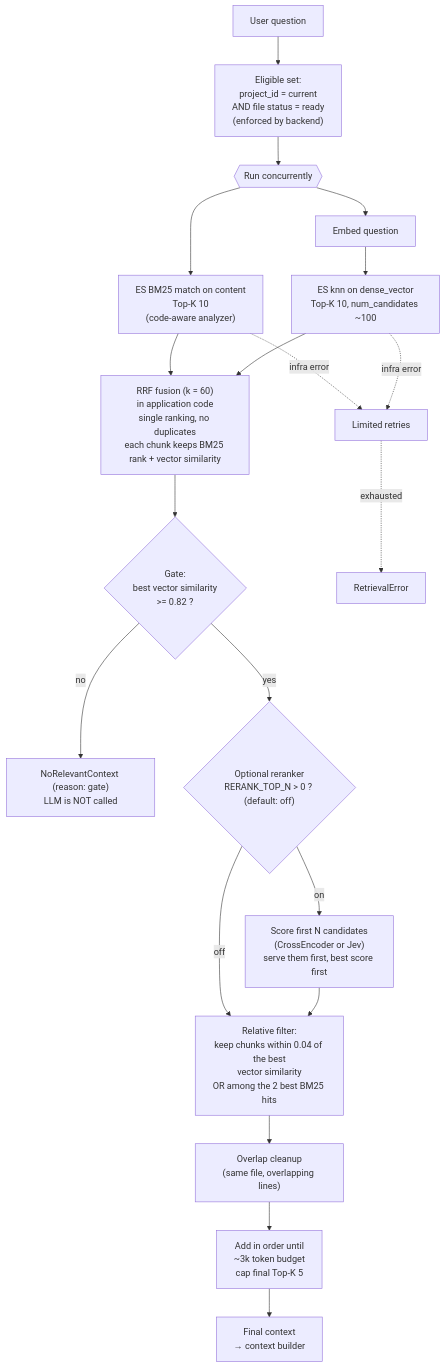
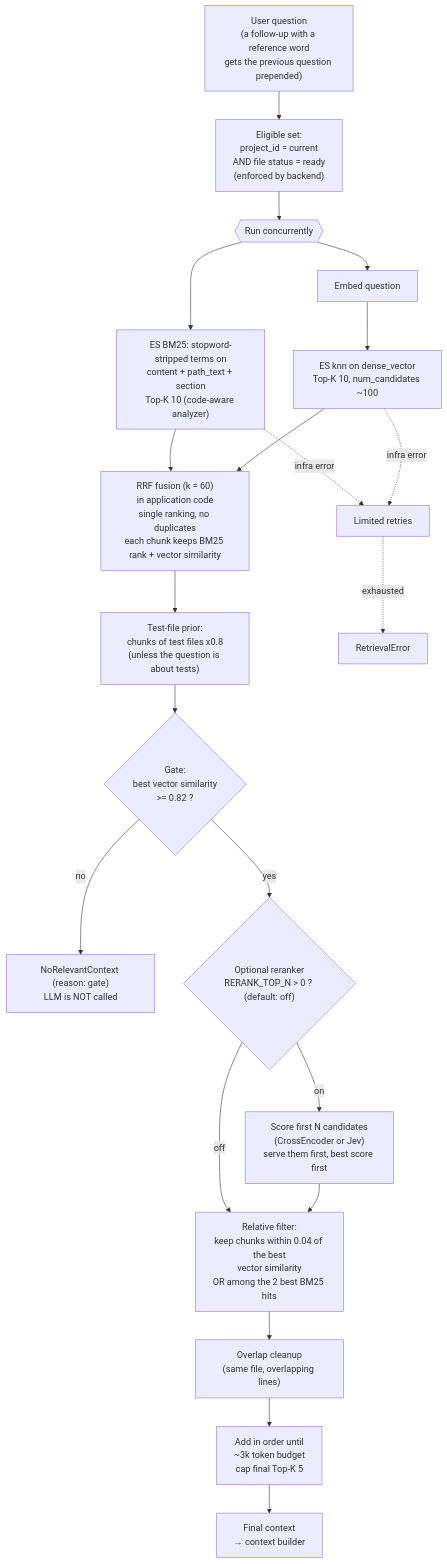
Before and after one commit to Shashank8602/DevDocs: the diagram in Docs/Plan/Diagrams/05-retrieval-pipeline.md, drawn with Mermaid. The commit also changed 83 other files, not shown here.

````diff
--- a/Docs/Plan/Diagrams/05-retrieval-pipeline.md
+++ b/Docs/Plan/Diagrams/05-retrieval-pipeline.md
@@ -5,26 +5,27 @@
 ```mermaid
 flowchart TD
-    Q["User question"] --> Elig["Eligible set:<br/>project_id = current<br/>AND file status = ready<br/>(enforced by backend)"]
+    Q["User question<br/>(a follow-up with a reference word<br/>gets the previous question prepended)"] --> Elig["Eligible set:<br/>project_id = current<br/>AND file status = ready<br/>(enforced by backend)"]
     Elig --> Par{{"Run concurrently"}}
 
-    Par --> BM["ES BM25 match on content<br/>Top-K 10<br/>(code-aware analyzer)"]
+    Par --> BM["ES BM25: stopword-stripped terms on<br/>content + path_text + section<br/>Top-K 10 (code-aware analyzer)"]
     Par --> EQ["Embed question"] --> KNN["ES knn on dense_vector<br/>Top-K 10, num_candidates ~100"]
 
     BM --> RRF["RRF fusion (k = 60)<br/>in application code<br/>single ranking, no duplicates<br/>each chunk keeps BM25 rank + vector similarity"]
     KNN --> RRF
+    RRF --> Prior["Test-file prior:<br/>chunks of test files x0.8<br/>(unless the question is about tests)"]
 
-    RRF --> Gate{"Gate:<br/>best vector similarity<br/>>= 0.82 ?"}
+    Prior --> Gate{"Gate:<br/>best vector similarity<br/>>= 0.82 ?"}
     Gate -- no --> NRC["NoRelevantContext (reason: gate)<br/>LLM is NOT called"]
     Gate -- yes --> RR{"Optional reranker<br/>RERANK_TOP_N > 0 ? (default: off)"}
     RR -- "on" --> CE["Score first N candidates<br/>(CrossEncoder or Jev)<br/>serve them first, best score first"]
     RR -- "off" --> Flt
     CE --> Flt
 
     Flt["Relative filter:<br/>keep chunks within 0.04 of the best<br/>vector similarity<br/>OR among the 2 best BM25 hits"] --> Dedup["Overlap cleanup<br/>(same file, overlapping lines)"]
     Dedup --> Budget["Add in order until<br/>~3k token budget<br/>cap final Top-K 5"]
     Budget --> Ctx["Final context<br/>→ context builder"]
 
     BM -. "infra error" .-> Retry["Limited retries"]
     KNN -. "infra error" .-> Retry
     Retry -. "exhausted" .-> Err["RetrievalError"]
 ```
````
